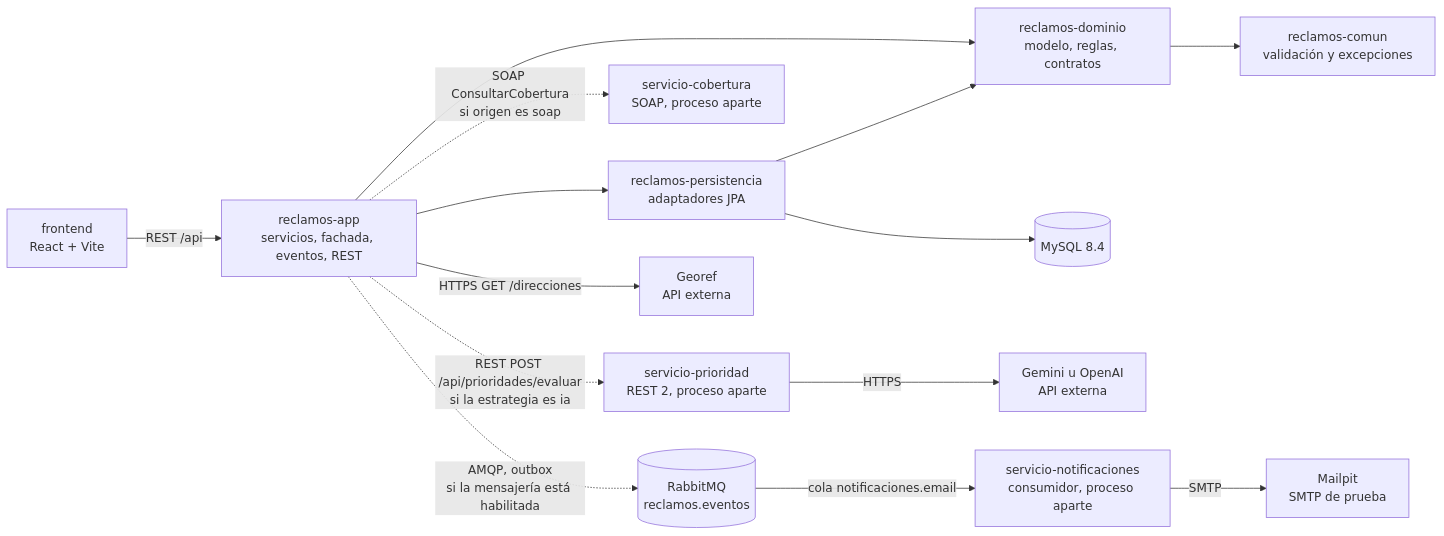
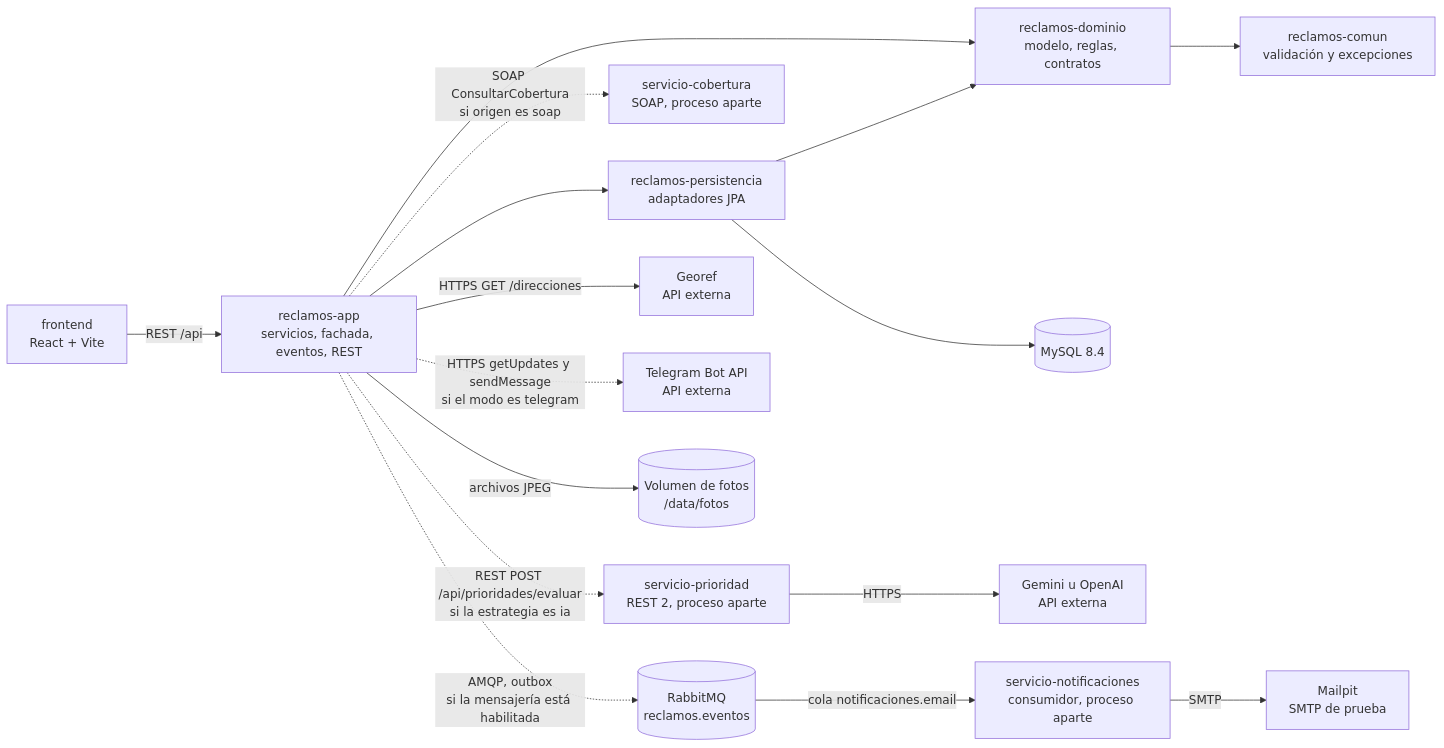
Before and after one commit to SanTegli/DesarrolloAppsIIGrupo10: the second of 12 diagrams in docs/arquitectura.md, drawn with Mermaid. The commit also changed other lines of this file and 27 other files, not shown here.

````diff
--- a/docs/arquitectura.md
+++ b/docs/arquitectura.md
@@ -85,30 +85,34 @@
 ```mermaid
 flowchart LR
   FE["frontend<br/>React + Vite"]
   APP["reclamos-app<br/>servicios, fachada, eventos, REST"]
   PERS["reclamos-persistencia<br/>adaptadores JPA"]
   DOM["reclamos-dominio<br/>modelo, reglas, contratos"]
   COM["reclamos-comun<br/>validación y excepciones"]
   MYSQL[("MySQL 8.4")]
   COB["servicio-cobertura<br/>SOAP, proceso aparte"]
   PRI["servicio-prioridad<br/>REST 2, proceso aparte"]
   LLM["Gemini u OpenAI<br/>API externa"]
   GEO["Georef<br/>API externa"]
+  TG["Telegram Bot API<br/>API externa"]
+  FOTOS[("Volumen de fotos<br/>/data/fotos")]
   MQ[("RabbitMQ<br/>reclamos.eventos")]
   NOT["servicio-notificaciones<br/>consumidor, proceso aparte"]
   MAIL["Mailpit<br/>SMTP de prueba"]
 
   FE -->|"REST /api"| APP
   APP --> PERS
   APP --> DOM
   PERS --> DOM
   DOM --> COM
   PERS --> MYSQL
   APP -.->|"SOAP ConsultarCobertura<br/>si origen es soap"| COB
   APP -.->|"REST POST /api/prioridades/evaluar<br/>si la estrategia es ia"| PRI
   PRI -->|"HTTPS"| LLM
   APP -->|"HTTPS GET /direcciones"| GEO
+  APP -.->|"HTTPS getUpdates y sendMessage<br/>si el modo es telegram"| TG
+  APP -->|"archivos JPEG"| FOTOS
   APP -.->|"AMQP, outbox<br/>si la mensajería está habilitada"| MQ
   MQ -->|"cola notificaciones.email"| NOT
   NOT -->|"SMTP"| MAIL
 ```
````
